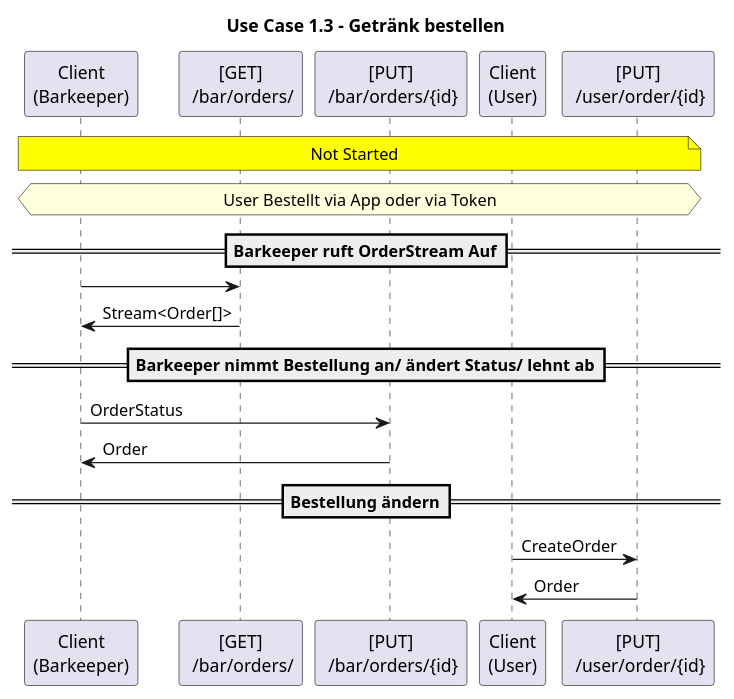
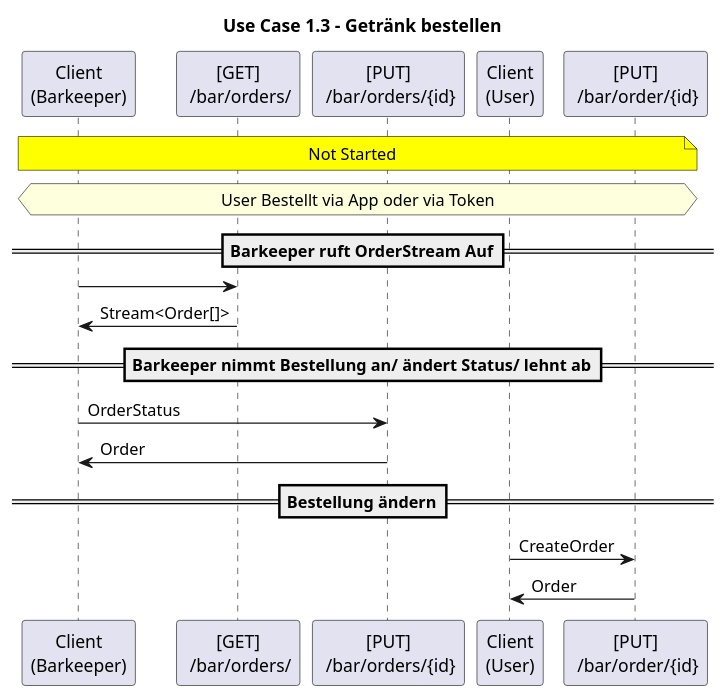
The fifth of 7 diagrams in docs/api-sequence-diagram/UseCase/Use-Case_1.puml (Mankianer/TresenSystem), drawn with PlantUML before and after one commit. The commit also changed other lines of this file, not shown here.

```diff
--- a/docs/api-sequence-diagram/UseCase/Use-Case_1.puml
+++ b/docs/api-sequence-diagram/UseCase/Use-Case_1.puml
@@ -42,18 +42,18 @@
 @startuml
 title Use Case 1.3 - Getränk bestellen
 note across #yellow: Not Started
 
 hnote across: User Bestellt via App oder via Token
 ==Barkeeper ruft OrderStream Auf==
 "Client\n(Barkeeper)" -> "[GET]\n /bar/orders/":
 "Client\n(Barkeeper)" <- "[GET]\n /bar/orders/": Stream<Order[]>
 
 ==Barkeeper nimmt Bestellung an/ ändert Status/ lehnt ab==
 "Client\n(Barkeeper)" -> "[PUT]\n /bar/orders/{id}": OrderStatus
 "Client\n(Barkeeper)" <- "[PUT]\n /bar/orders/{id}": Order
 
 ==Bestellung ändern==
-"Client\n(User)" -> "[PUT]\n /user/order/{id}": CreateOrder
-"Client\n(User)" <- "[PUT]\n /user/order/{id}": Order
+"Client\n(User)" -> "[PUT]\n /bar/order/{id}": CreateOrder
+"Client\n(User)" <- "[PUT]\n /bar/order/{id}": Order
 
 @enduml
```
